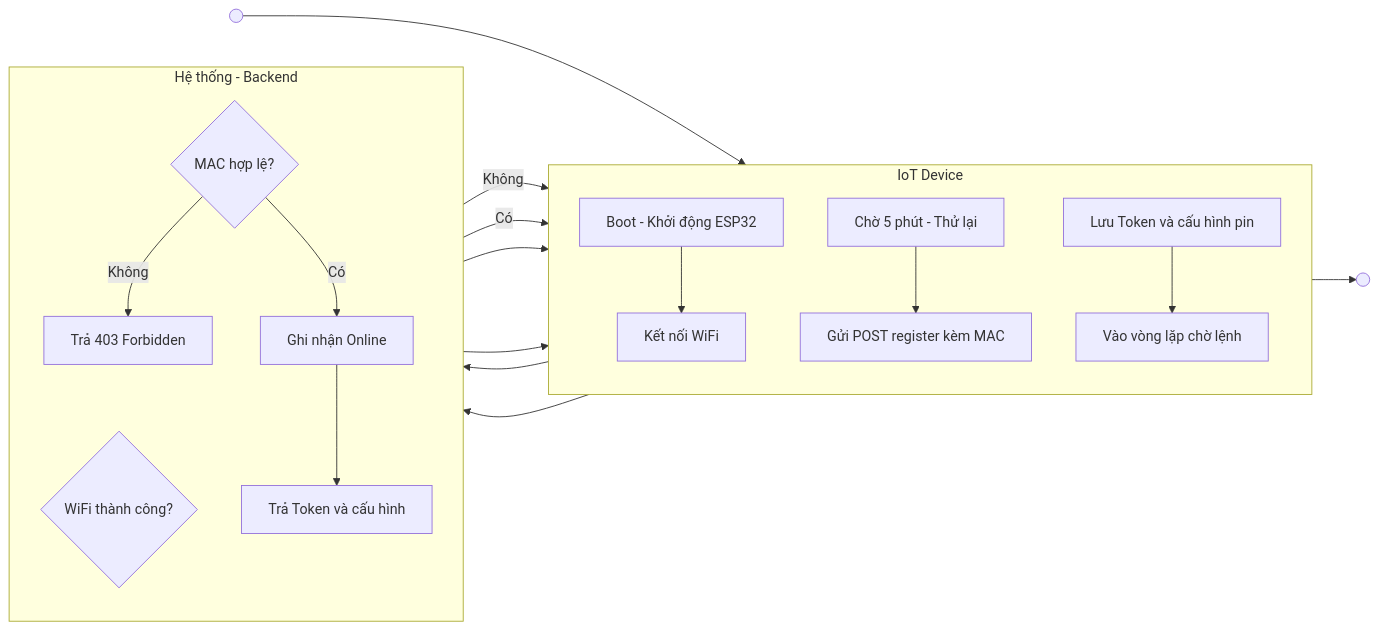
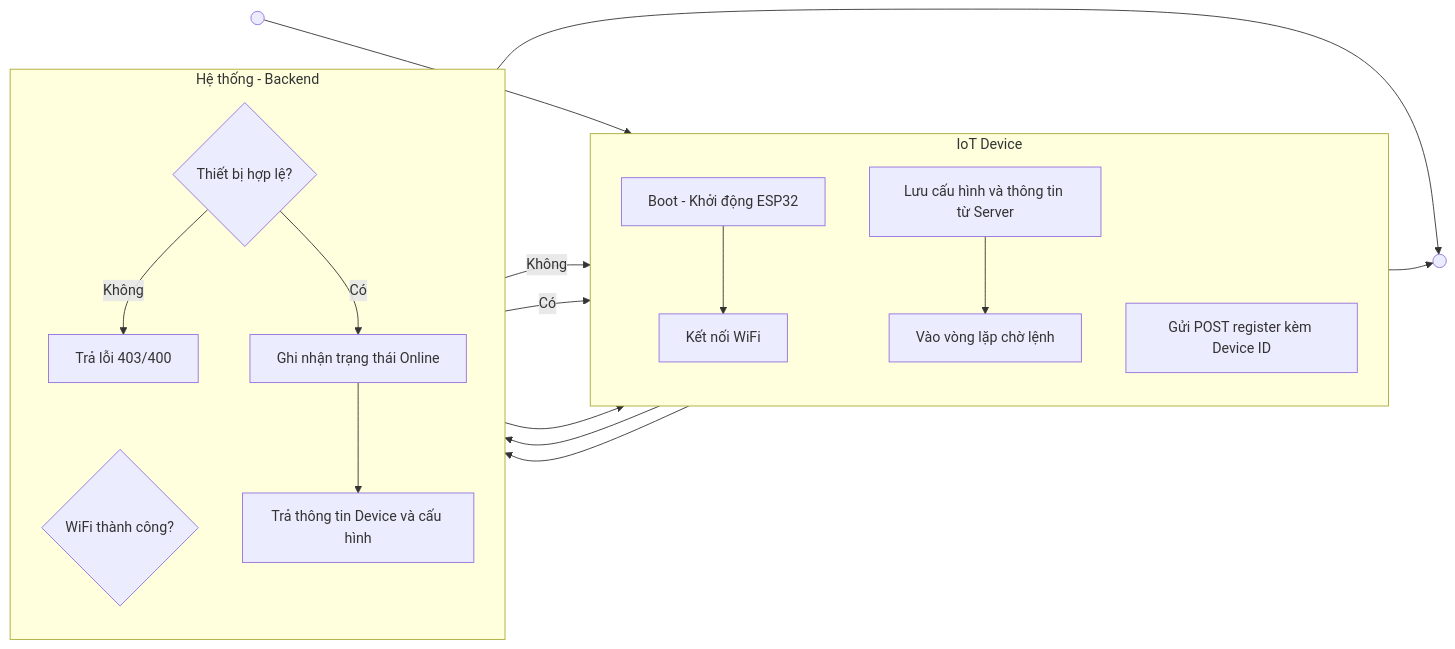
Diagram 16 of 18 in documents/activity-diagrams.md (ngogiaquyen/acw-srs), drawn with Mermaid before and after one commit. The commit also changed other lines of this file and 23 other files, not shown here.

````diff
--- a/documents/activity-diagrams.md
+++ b/documents/activity-diagrams.md
@@ -391,25 +393,24 @@
 ```mermaid
 flowchart LR
   subgraph IOT["IoT Device"]
     direction TB
-    a1[Boot - Khởi động ESP32]
-    a2[Kết nối WiFi]
-    a3[Gửi POST register kèm MAC]
-    a4[Chờ 5 phút - Thử lại]
-    a5[Lưu Token và cấu hình pin]
-    a6[Vào vòng lặp chờ lệnh]
+    a1["Boot - Khởi động ESP32"]
+    a2["Kết nối WiFi"]
+    a3["Gửi POST register kèm Device ID"]
+    a4["Lưu cấu hình và thông tin từ Server"]
+    a5["Vào vòng lặp chờ lệnh"]
   end
   subgraph HT["Hệ thống - Backend"]
     direction TB
-    b1{WiFi thành công?}
-    b2{MAC hợp lệ?}
-    b3[Trả 403 Forbidden]
-    b4[Ghi nhận Online]
-    b5[Trả Token và cấu hình]
+    b1{"WiFi thành công?"}
+    b2{"Thiết bị hợp lệ?"}
+    b3["Trả lỗi 403/400"]
+    b4["Ghi nhận trạng thái Online"]
+    b5["Trả thông tin Device và cấu hình"]
   end
   S(( )) --> a1 --> a2 --> b1
   b1 -->|Không| a2
   b1 -->|Có| a3 --> b2
-  b2 -->|Không| b3 --> a4 --> a3
-  b2 -->|Có| b4 --> b5 --> a5 --> a6 --> E(( ))
+  b2 -->|Không| b3 --> E(( ))
+  b2 -->|Có| b4 --> b5 --> a4 --> a5 --> E
 ```
````
